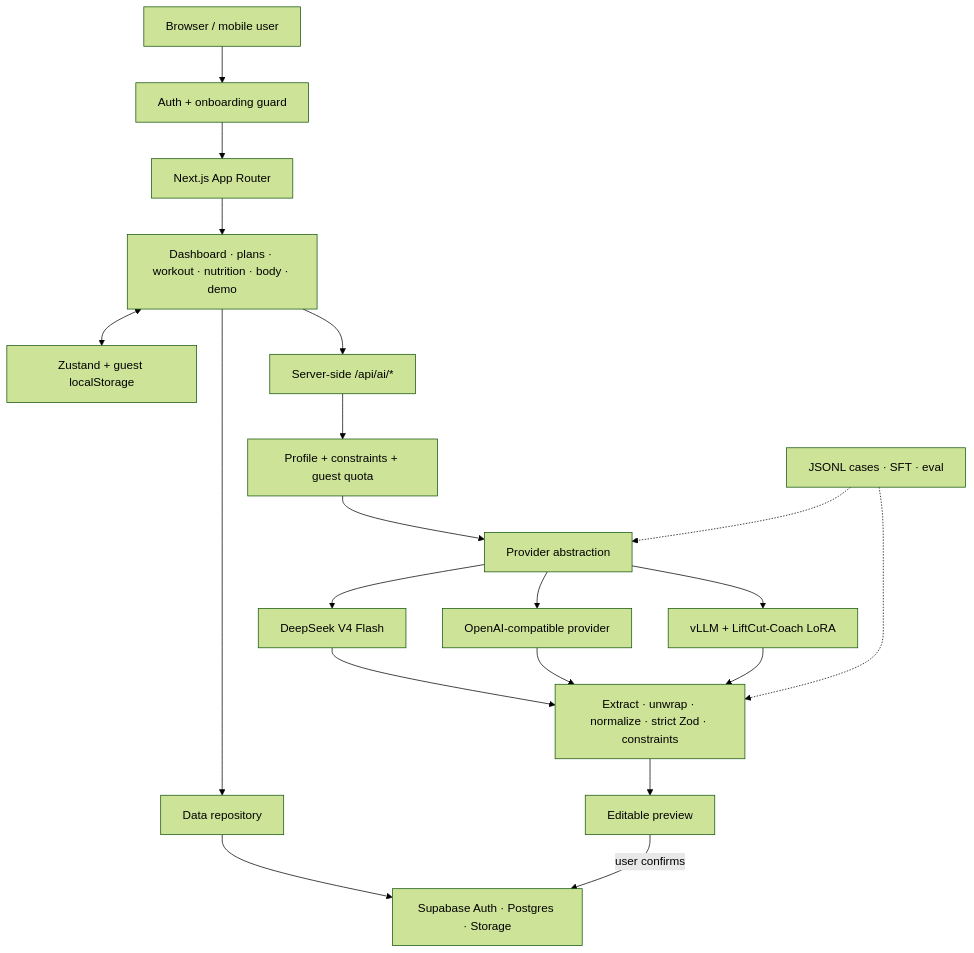
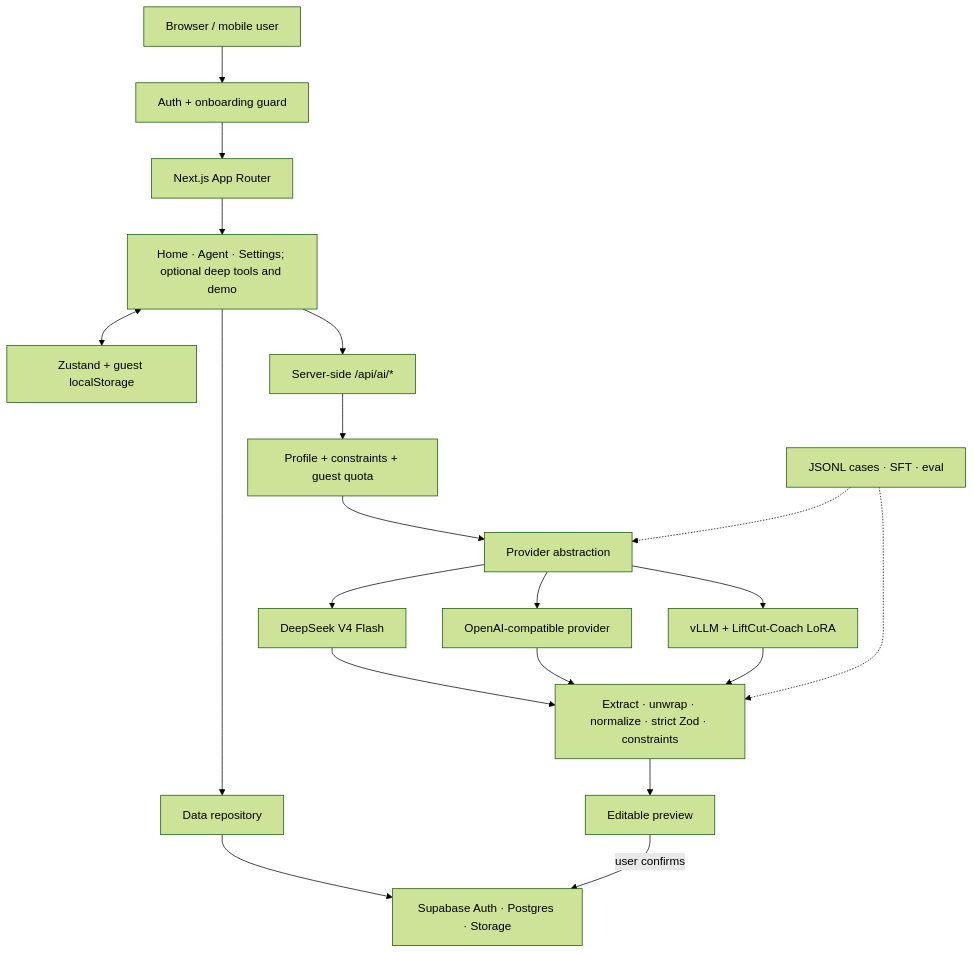
One commit to Townzc/liftcut-tracker changed the diagram in README.md. Above: the diagram before and after it, drawn with Mermaid (forest theme). The commit also changed other lines of this file and 66 other files, not shown here.

````diff
--- a/README.md
+++ b/README.md
@@ -74,24 +84,24 @@
 ```mermaid
 flowchart TB
   User["Browser / mobile user"] --> Guard["Auth + onboarding guard"]
   Guard --> App["Next.js App Router"]
-  App --> Features["Dashboard · plans · workout · nutrition · body · demo"]
+  App --> Features["Home · Agent · Settings; optional deep tools and demo"]
   Features <--> Store["Zustand + guest localStorage"]
   Features --> Repo["Data repository"]
   Repo --> Supabase["Supabase Auth · Postgres · Storage"]
 
   Features --> API["Server-side /api/ai/*"]
   API --> Context["Profile + constraints + guest quota"]
   Context --> Provider["Provider abstraction"]
   Provider --> DeepSeek["DeepSeek V4 Flash"]
   Provider --> Compatible["OpenAI-compatible provider"]
   Provider --> Local["vLLM + LiftCut-Coach LoRA"]
   DeepSeek --> Pipeline["Extract · unwrap · normalize · strict Zod · constraints"]
   Compatible --> Pipeline
   Local --> Pipeline
   Pipeline --> Preview["Editable preview"]
   Preview -->|"user confirms"| Supabase
 
   Research["JSONL cases · SFT · eval"] -.-> Provider
   Research -.-> Pipeline
 ```
````
